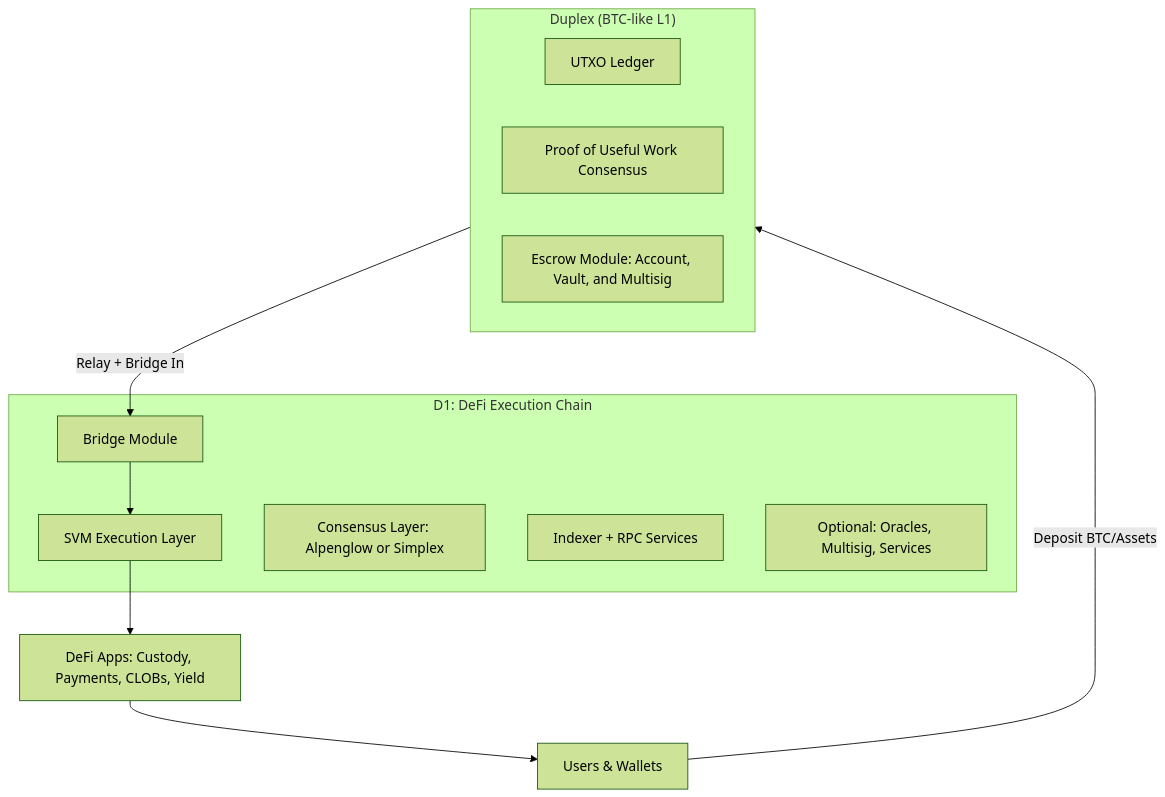
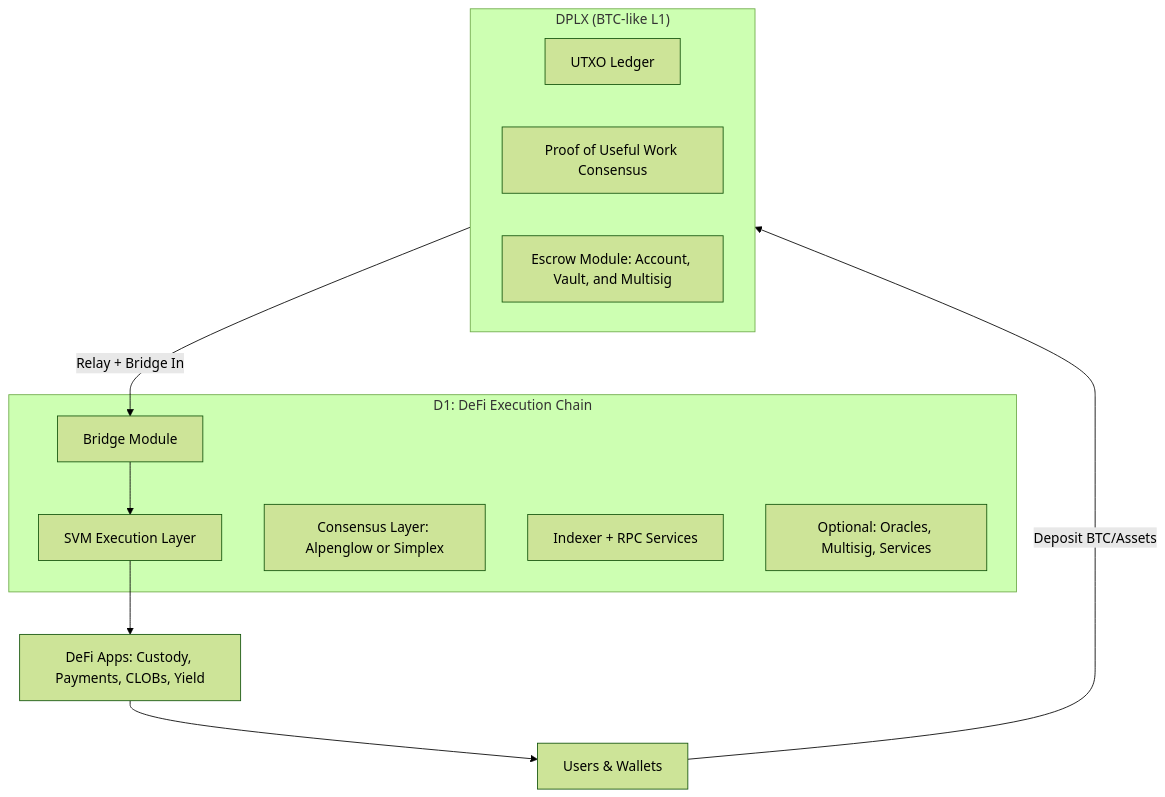
Before and after one commit to farazshaikh/d1: the first of 2 diagrams in README.md, drawn with Mermaid (forest theme). The commit also changed other lines of this file, not shown here.

````diff
--- a/README.md
+++ b/README.md
@@ -15,22 +15,22 @@
 ```mermaid
 flowchart TB
-    subgraph Duplex["Duplex (BTC-like L1)"]
+    subgraph DPLX["DPLX (BTC-like L1)"]
       UTXO[UTXO Ledger]
       PoUW[Proof of Useful Work Consensus]
       Escrow["Escrow Module: Account, Vault, and Multisig"]
     end
 
     subgraph D1["D1: DeFi Execution Chain"]
       SVM["SVM Execution Layer"]
       Consensus["Consensus Layer: Alpenglow or Simplex"]
       Bridge["Bridge Module"]
       Indexer["Indexer + RPC Services"]
       Utils["Optional: Oracles, Multisig, Services"]
     end
 
-    User[Users & Wallets] -->|Deposit BTC/Assets| Duplex
-    Duplex -->|Relay + Bridge In| Bridge
+    User[Users & Wallets] -->|Deposit BTC/Assets| DPLX
+    DPLX -->|Relay + Bridge In| Bridge
     Bridge --> SVM
     SVM --> dApps["DeFi Apps: Custody, Payments, CLOBs, Yield"]
     dApps --> User
 ```
````
